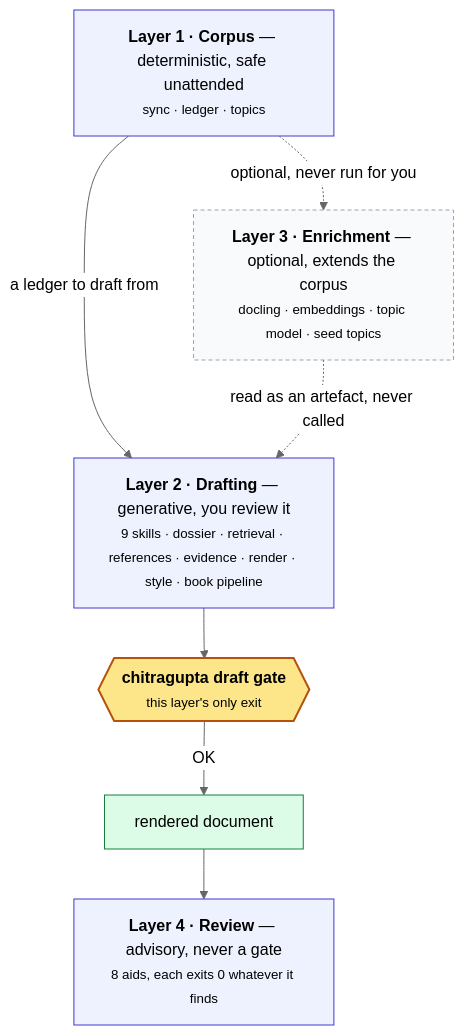
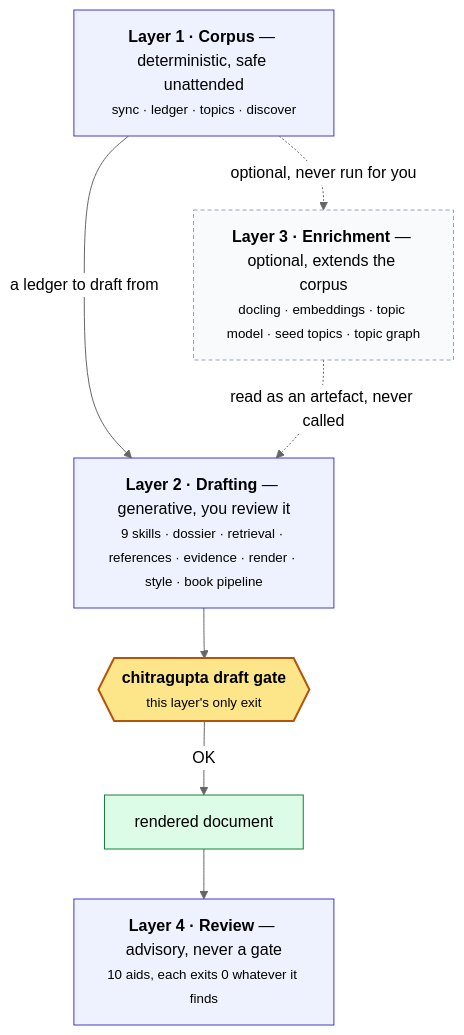
One commit to prasadtalasila/chitragupta changed the second of 3 diagrams in docs/FEATURES.md. Above: the diagram before and after it, drawn with Mermaid (neutral theme). The commit also changed other lines of this file and 10 other files, not shown here.

````diff
--- a/docs/FEATURES.md
+++ b/docs/FEATURES.md
@@ -93,21 +90,21 @@
 ```mermaid
 flowchart TB
-  L1["<b>Layer 1 · Corpus</b> — deterministic, safe unattended<br/><small>sync · ledger · topics</small>"]:::f
-  L3["<b>Layer 3 · Enrichment</b> — optional, extends the corpus<br/><small>docling · embeddings · topic model · seed topics</small>"]:::o
+  L1["<b>Layer 1 · Corpus</b> — deterministic, safe unattended<br/><small>sync · ledger · topics · discover</small>"]:::f
+  L3["<b>Layer 3 · Enrichment</b> — optional, extends the corpus<br/><small>docling · embeddings · topic model · seed topics · topic graph</small>"]:::o
   L2["<b>Layer 2 · Drafting</b> — generative, you review it<br/><small>9 skills · dossier · retrieval · references · evidence · render · style · book pipeline</small>"]:::f
   GATE{{"<b>chitragupta draft gate</b><br/><small>this layer's only exit</small>"}}:::g
   OUT["rendered document"]:::out
-  L4["<b>Layer 4 · Review</b> — advisory, never a gate<br/><small>8 aids, each exits 0 whatever it finds</small>"]:::f
+  L4["<b>Layer 4 · Review</b> — advisory, never a gate<br/><small>10 aids, each exits 0 whatever it finds</small>"]:::f
 
   L1 -->|"a ledger to draft from"| L2
   L1 -.->|"optional, never run for you"| L3
   L3 -.->|"read as an artefact, never called"| L2
   L2 --> GATE
   GATE -->|"OK"| OUT
   OUT --> L4
 
   classDef f fill:#eef2ff,stroke:#4338ca
   classDef o fill:#f8fafc,stroke:#94a3b8,stroke-dasharray:4 3
   classDef g fill:#fde68a,stroke:#b45309,stroke-width:2px
   classDef out fill:#dcfce7,stroke:#15803d
 ```
````
